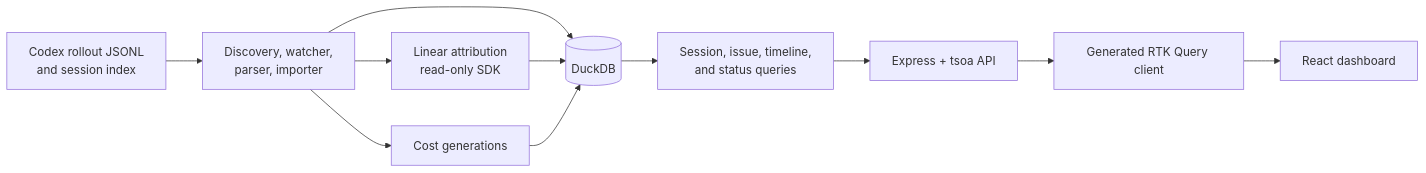
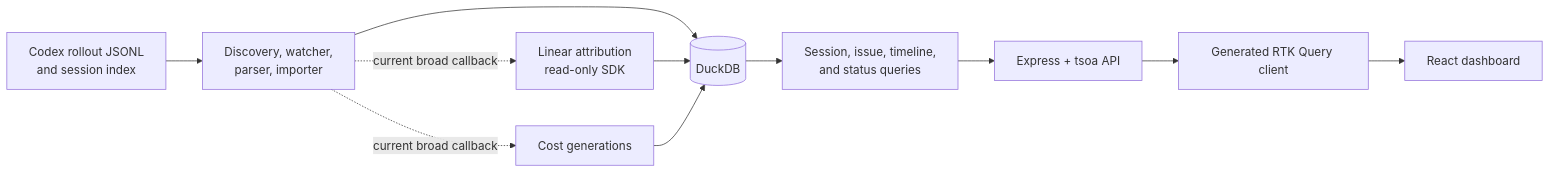
One commit to igorTT/ai-task-observer changed the first of 2 diagrams in docs/CARTODEX_MAP.md. Above: the diagram before and after it, drawn with Mermaid. The commit also changed other lines of this file and 38 other files, not shown here.

````diff
--- a/docs/CARTODEX_MAP.md
+++ b/docs/CARTODEX_MAP.md
@@ -20,13 +20,13 @@
 ```mermaid
 flowchart LR
   Codex[Codex rollout JSONL<br/>and session index] --> Ingest[Discovery, watcher,<br/>parser, importer]
   Ingest --> DB[(DuckDB)]
-  Ingest --> Linear[Linear attribution<br/>read-only SDK]
-  Ingest --> Pricing[Cost generations]
+  Ingest -. current broad callback .-> Linear[Linear attribution<br/>read-only SDK]
+  Ingest -. current broad callback .-> Pricing[Cost generations]
   Linear --> DB
   Pricing --> DB
   DB --> Queries[Session, issue, timeline,<br/>and status queries]
   Queries --> API[Express + tsoa API]
   API --> Client[Generated RTK Query client]
   Client --> UI[React dashboard]
 ```
````
